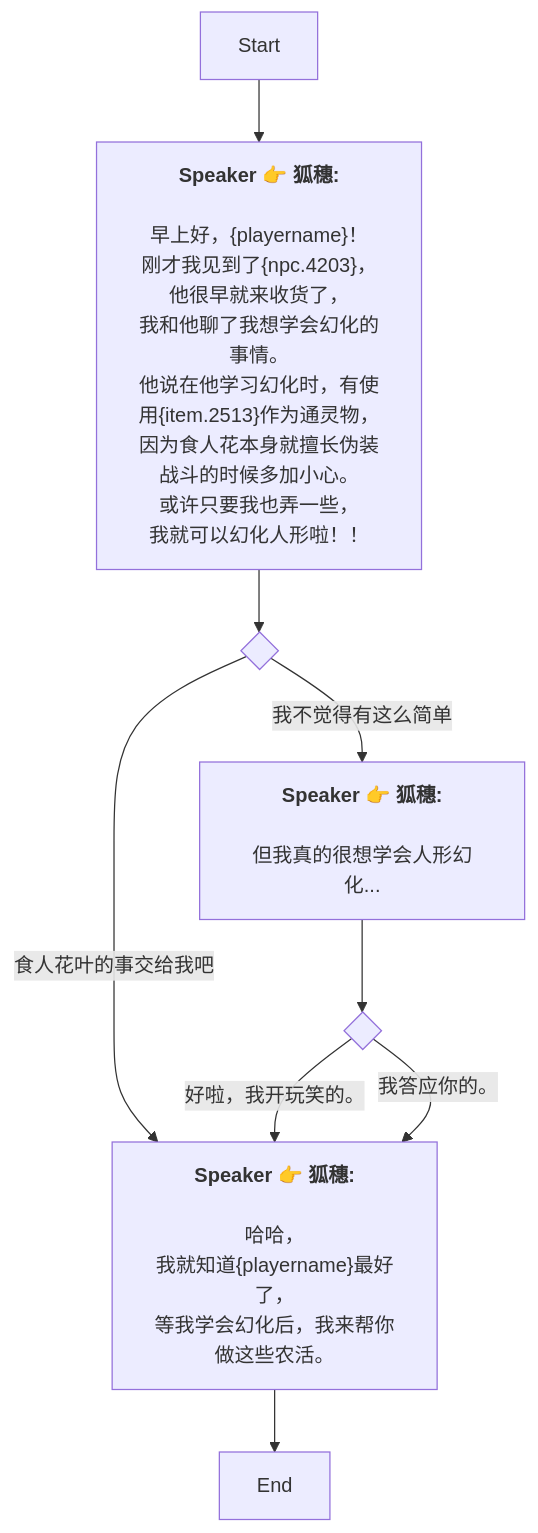
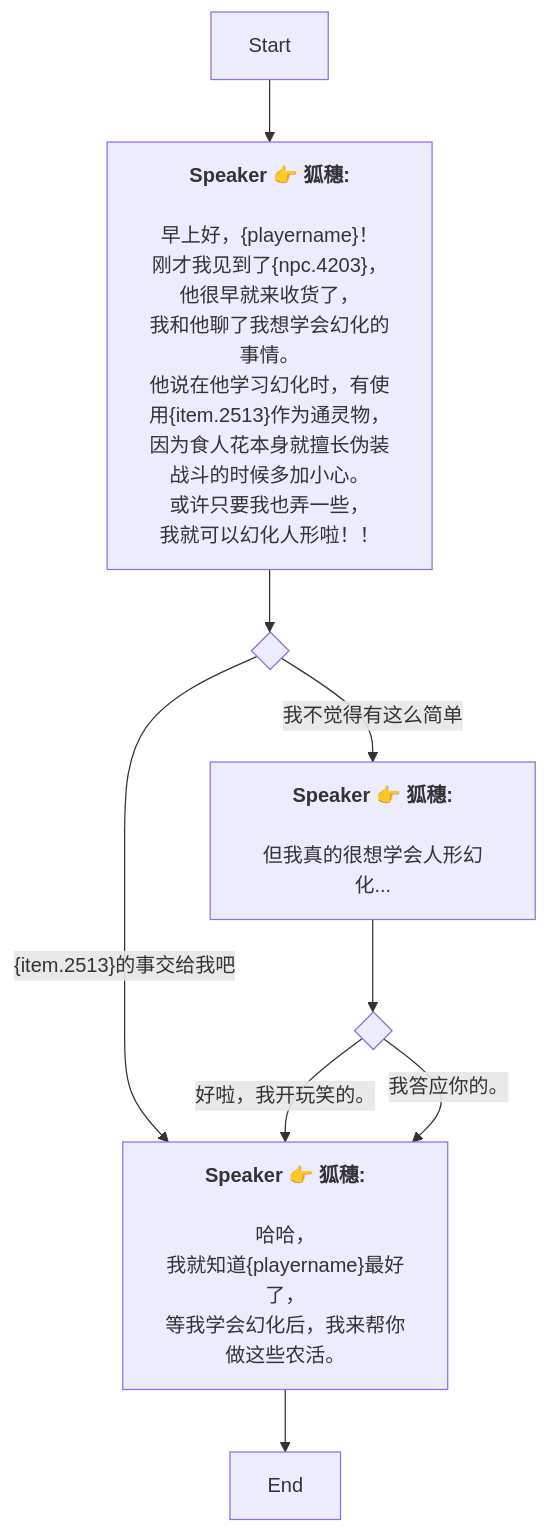
Before and after one commit to SoftHu/tos_avg: the diagram in Zh/QuestStartTalkENode_1738538277243034.md, drawn with Mermaid. The commit also changed 199 other files, not shown here.

````diff
--- a/Zh/QuestStartTalkENode_1738538277243034.md
+++ b/Zh/QuestStartTalkENode_1738538277243034.md
@@ -1,36 +1,36 @@
 ```mermaid
 graph
 Start -->1738538993755293[<b>Speaker 👉 狐穗:</b>
 
 早上好，&lbrace;playername&rbrace;！
 刚才我见到了&lbrace;npc.4203&rbrace;，
 他很早就来收货了，
 我和他聊了我想学会幻化的事情。
 他说在他学习幻化时，有使用&lbrace;item.2513&rbrace;作为通灵物，
 因为食人花本身就擅长伪装
 战斗的时候多加小心。
 或许只要我也弄一些，
 我就可以幻化人形啦！！]
 1738538993755293 -->1738539217236126{ }
 1738539217236126 -->|我不觉得有这么简单|1738539246921891[<b>Speaker 👉 狐穗:</b>
 
 但我真的很想学会人形幻化...]
-1738539217236126 -->|食人花叶的事交给我吧|1738539326217385[<b>Speaker 👉 狐穗:</b>
+1738539217236126 -->|&lbrace;item.2513&rbrace;的事交给我吧|1738539326217385[<b>Speaker 👉 狐穗:</b>
 
 哈哈，
 我就知道&lbrace;playername&rbrace;最好了，
 等我学会幻化后，我来帮你做这些农活。]
 1738539246921891 -->1738539302740132{ }
 1738539302740132 -->|好啦，我开玩笑的。|1738539326217385[<b>Speaker 👉 狐穗:</b>
 
 哈哈，
 我就知道&lbrace;playername&rbrace;最好了，
 等我学会幻化后，我来帮你做这些农活。]
 1738539302740132 -->|我答应你的。|1738539326217385[<b>Speaker 👉 狐穗:</b>
 
 哈哈，
 我就知道&lbrace;playername&rbrace;最好了，
 等我学会幻化后，我来帮你做这些农活。]
 1738539326217385 -->1738539373948074[End]
 
  ```
````
